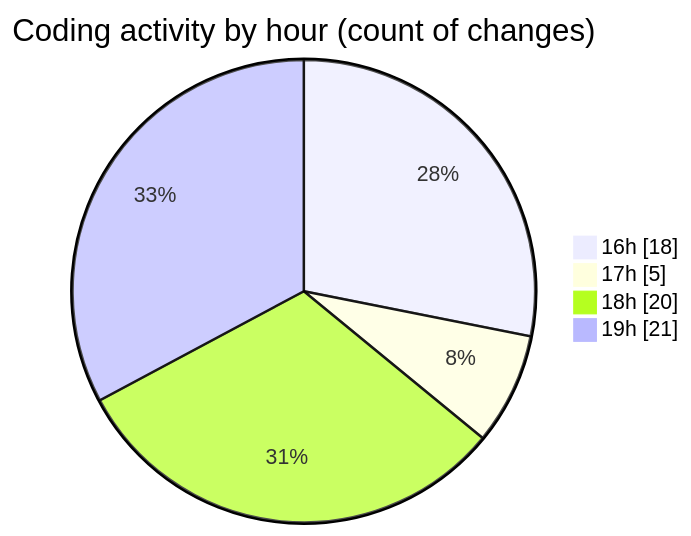
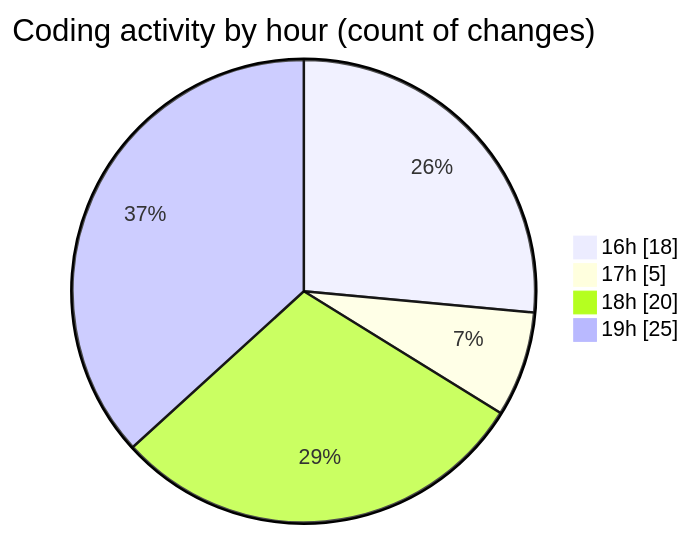
The second of 2 diagrams in 2025-02-27/uber_clone/README.md (donsfak/code-tracking), drawn with Mermaid before and after one commit. The commit also changed other lines of this file and 1 other file, not shown here.

````diff
--- a/2025-02-27/uber_clone/README.md
+++ b/2025-02-27/uber_clone/README.md
@@ -29,8 +29,8 @@
 ```mermaid
 pie showData
 title Coding activity by hour (count of changes)
 "16h" : 18
 "17h" : 5
 "18h" : 20
-"19h" : 21
+"19h" : 25
 ```
````
